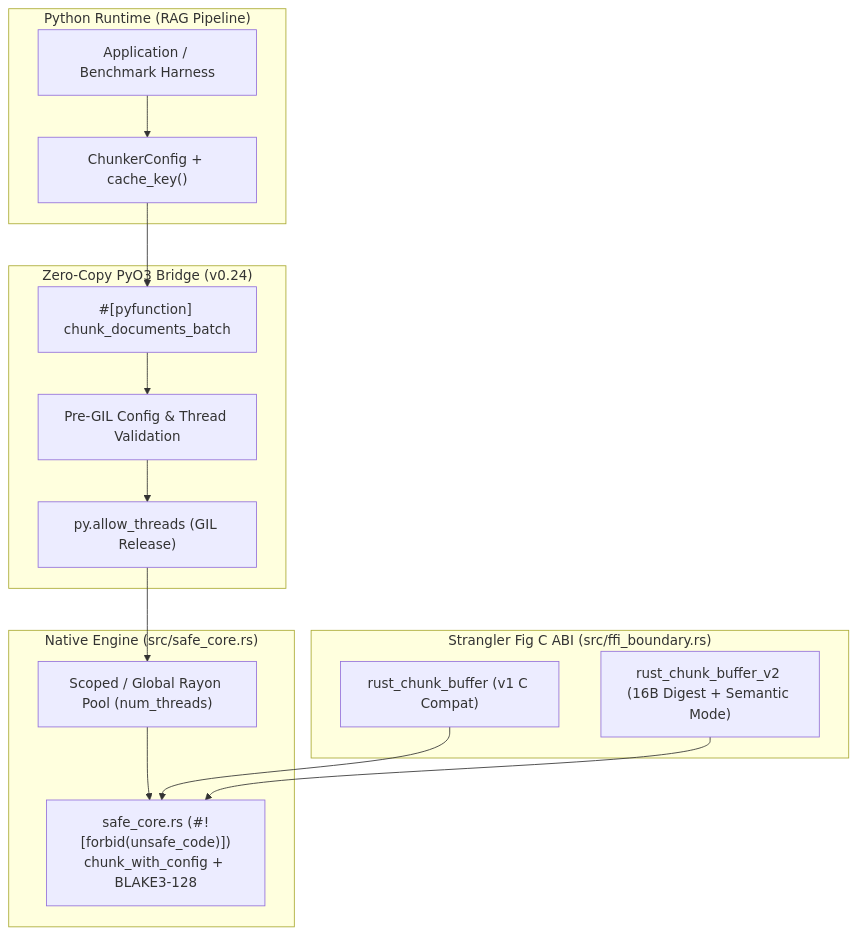
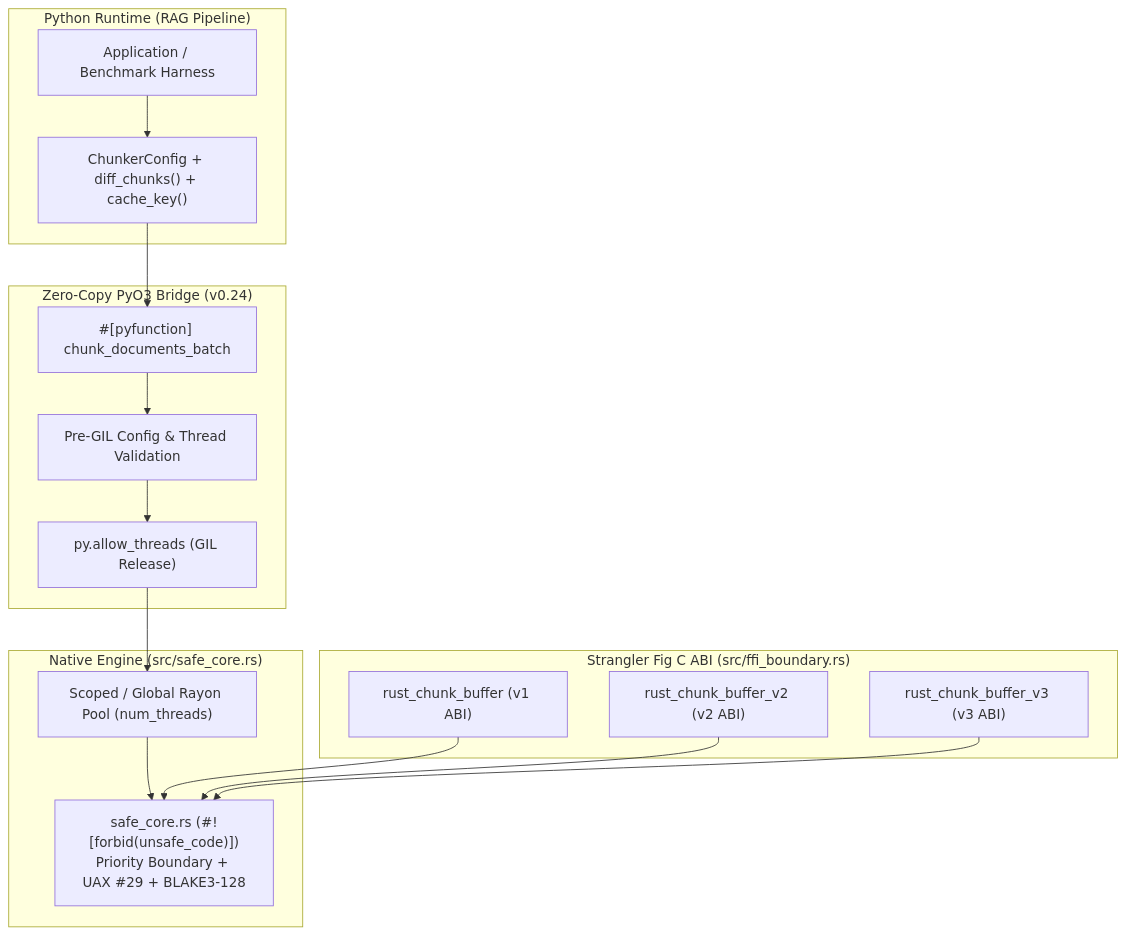
Before and after one commit to mjlelis/fast-rag-chunker: the second of 3 diagrams in README.md, drawn with Mermaid. The commit also changed other lines of this file and 14 other files, not shown here.

````diff
--- a/README.md
+++ b/README.md
@@ -147,27 +238,29 @@
 ```mermaid
 flowchart TD
     subgraph PythonLayer["Python Runtime (RAG Pipeline)"]
         PyApp["Application / Benchmark Harness"]
-        PyCfg["ChunkerConfig + cache_key()"]
+        PyCfg["ChunkerConfig + diff_chunks() + cache_key()"]
     end
 
     subgraph PyO3Layer["Zero-Copy PyO3 Bridge (v0.24)"]
         PyFunc["#[pyfunction] chunk_documents_batch"]
         Validate["Pre-GIL Config & Thread Validation"]
         AllowThreads["py.allow_threads (GIL Release)"]
     end
 
     subgraph RustLayer["Native Engine (src/safe_core.rs)"]
         Rayon["Scoped / Global Rayon Pool (num_threads)"]
-        SafeCore["safe_core.rs (#![forbid(unsafe_code)])<br/>chunk_with_config + BLAKE3-128"]
+        SafeCore["safe_core.rs (#![forbid(unsafe_code)])<br/>Priority Boundary + UAX #29 + BLAKE3-128"]
     end
 
     subgraph FFISanitizer["Strangler Fig C ABI (src/ffi_boundary.rs)"]
-        V1["rust_chunk_buffer (v1 C Compat)"]
-        V2["rust_chunk_buffer_v2 (16B Digest + Semantic Mode)"]
+        V1["rust_chunk_buffer (v1 ABI)"]
+        V2["rust_chunk_buffer_v2 (v2 ABI)"]
+        V3["rust_chunk_buffer_v3 (v3 ABI)"]
     end
 
     PyApp --> PyCfg --> PyFunc --> Validate --> AllowThreads --> Rayon --> SafeCore
     V1 --> SafeCore
     V2 --> SafeCore
+    V3 --> SafeCore
 ```
````
